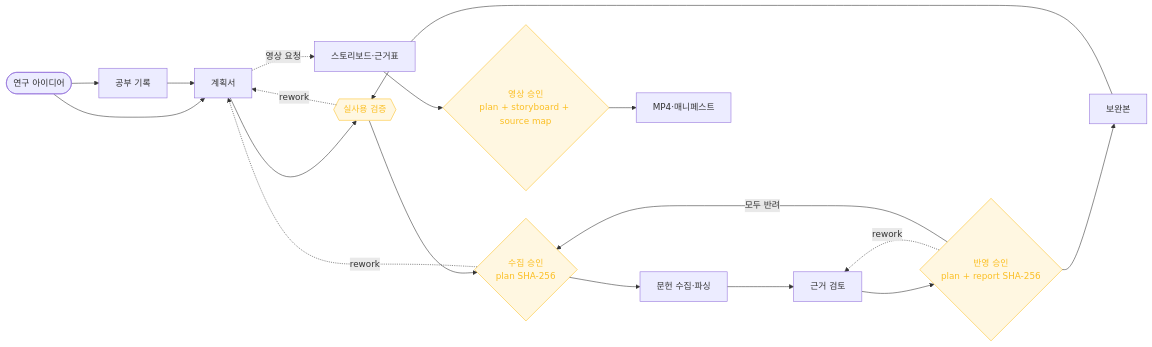
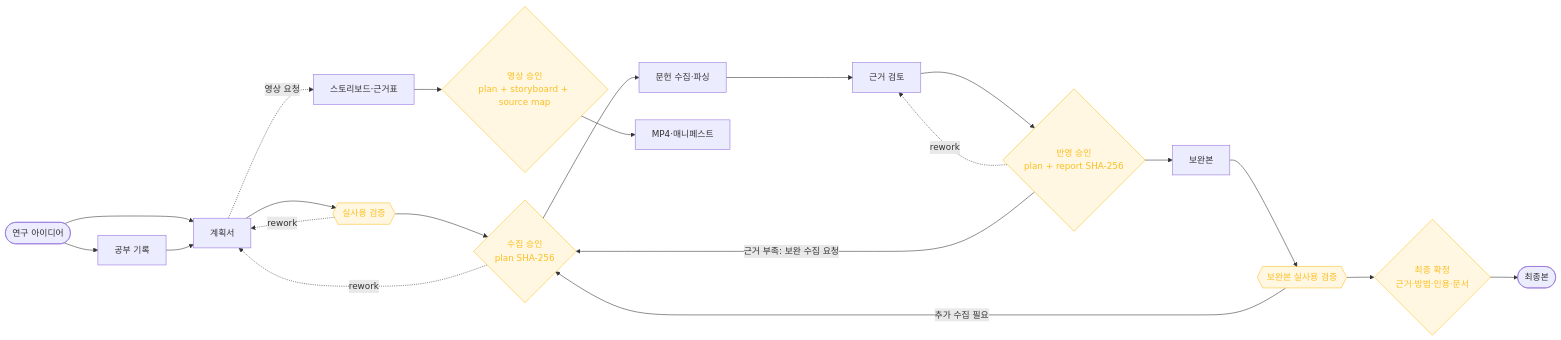
Before and after one commit to yangyeontae-blip/research-orchestrator-kit: the diagram in README.md, drawn with Mermaid. The commit also changed other lines of this file and 14 other files, not shown here.

````diff
--- a/README.md
+++ b/README.md
@@ -67,23 +67,26 @@
 ```mermaid
 flowchart LR
     I([연구 아이디어]) --> S[공부 기록]
     I --> P[계획서]
     S --> P
     P --> U{{실사용 검증}}
     U --> G1{수집 승인<br/>plan SHA-256}
     U -. rework .-> P
     G1 -. rework .-> P
     G1 --> L[문헌 수집·파싱]
     L --> E[근거 검토]
     E --> G2{반영 승인<br/>plan + report SHA-256}
     G2 -. rework .-> E
-    G2 -- 모두 반려 --> G1
+    G2 -- 근거 부족: 보완 수집 요청 --> G1
     G2 --> R[보완본]
-    R --> U
+    R --> U2{{보완본 실사용 검증}}
+    U2 --> G4{최종 확정<br/>근거·방법·인용·문서}
+    U2 -- 추가 수집 필요 --> G1
+    G4 --> F([최종본])
     P -. 영상 요청 .-> V1[스토리보드·근거표]
     V1 --> G3{영상 승인<br/>plan + storyboard + source map}
     G3 --> V2[MP4·매니페스트]
 
     classDef gate fill:#FBBF2422,stroke:#FBBF24,color:#FBBF24
-    class G1,G2,G3,U gate
+    class G1,G2,G3,G4,U,U2 gate
 ```
````
